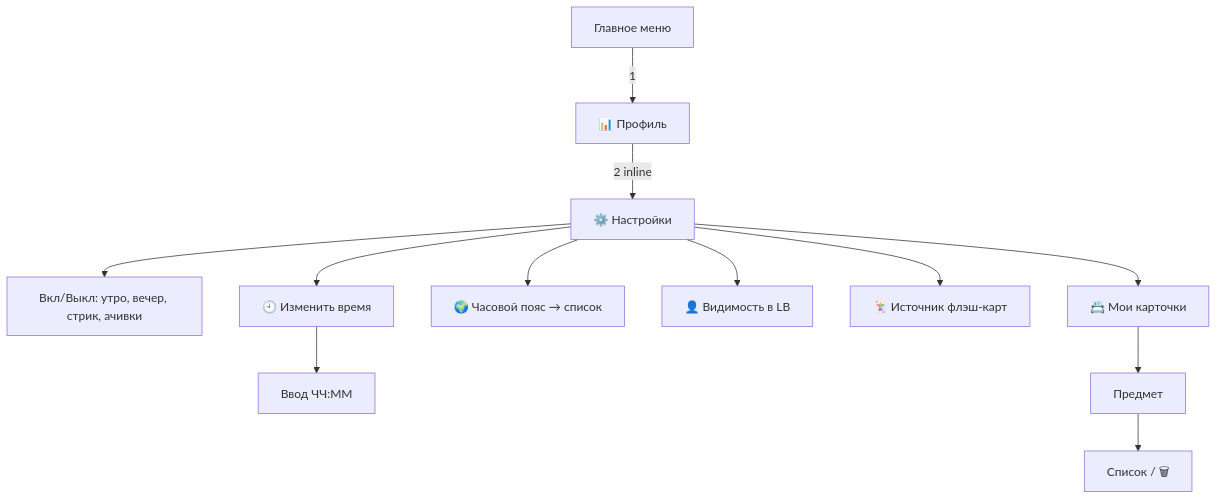
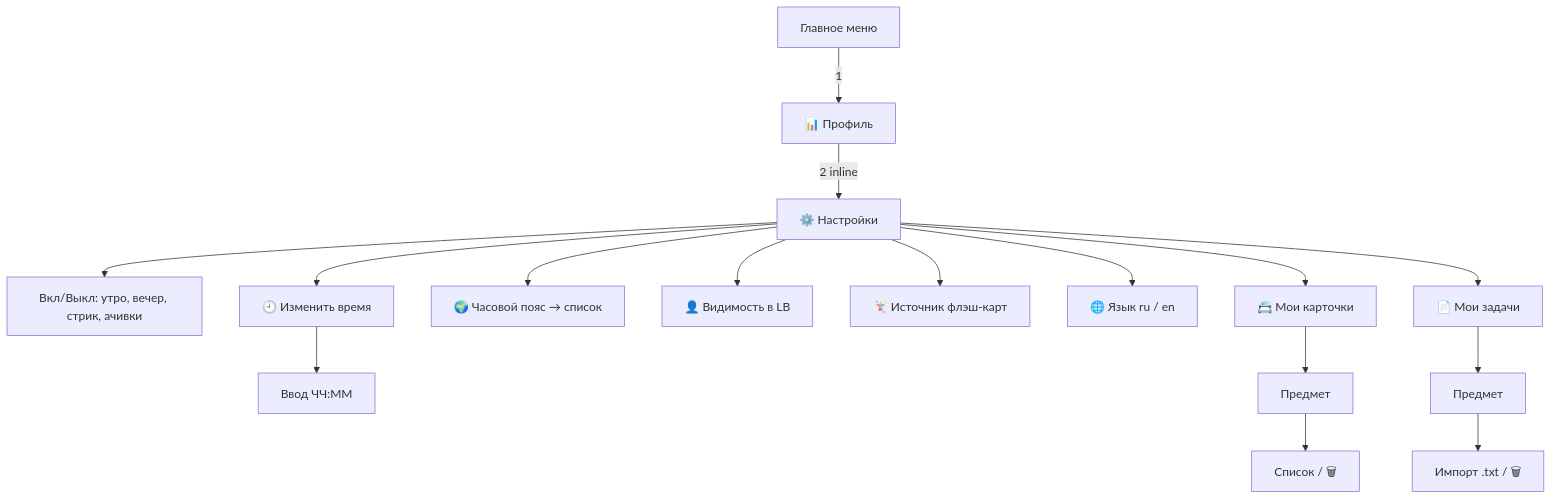
One commit to zerocious/Palph changed the eighth of 10 diagrams in user-flows.md. Above: the diagram before and after it, drawn with Mermaid. The commit also changed other lines of this file and 6 other files, not shown here.

````diff
--- a/user-flows.md
+++ b/user-flows.md
@@ -280,13 +291,16 @@
 ```mermaid
 flowchart TD
     M["Главное меню"] -->|1| P["📊 Профиль"]
     P -->|2 inline| SET["⚙️ Настройки"]
     SET --> TOG["Вкл/Выкл: утро, вечер, стрик, ачивки"]
     SET --> TIME["🕘 Изменить время"]
     TIME --> TEXT["Ввод ЧЧ:ММ"]
     SET --> TZ["🌍 Часовой пояс → список"]
     SET --> PRIV["👤 Видимость в LB"]
     SET --> FC_SRC["🃏 Источник флэш-карт"]
+    SET --> LANG["🌐 Язык ru / en"]
     SET --> FC["📇 Мои карточки"]
+    SET --> UT["📄 Мои задачи"]
     FC --> SUBJ["Предмет"] --> LIST["Список / 🗑"]
+    UT --> SUBJ2["Предмет"] --> IMP["Импорт .txt / 🗑"]
 ```
````
